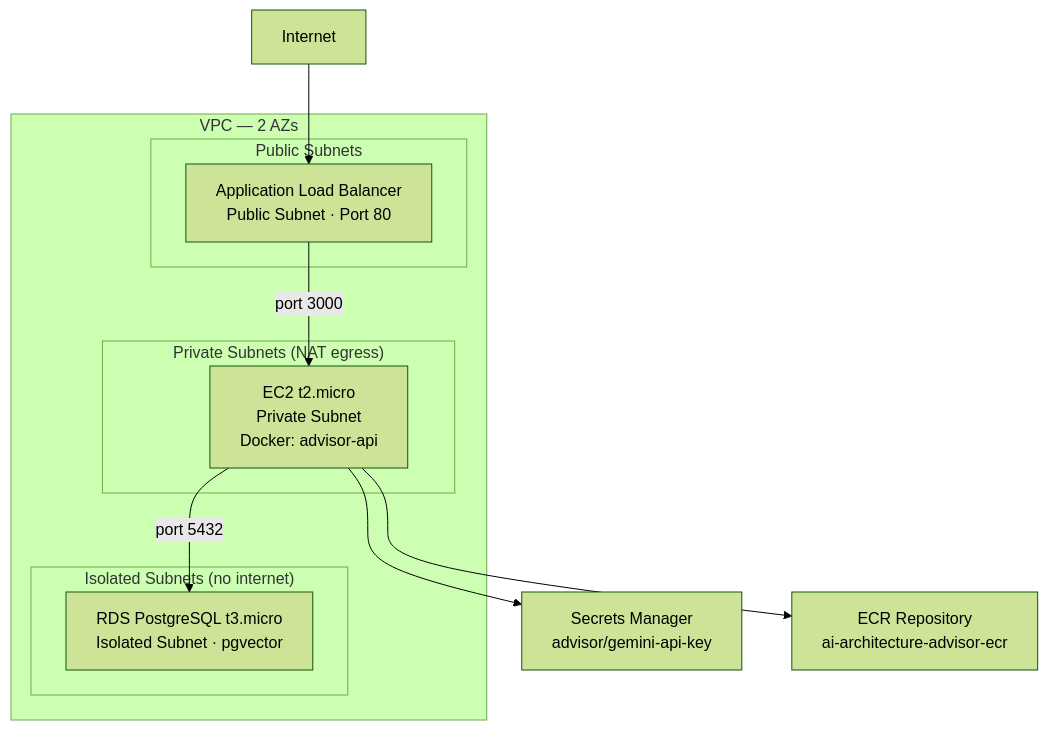
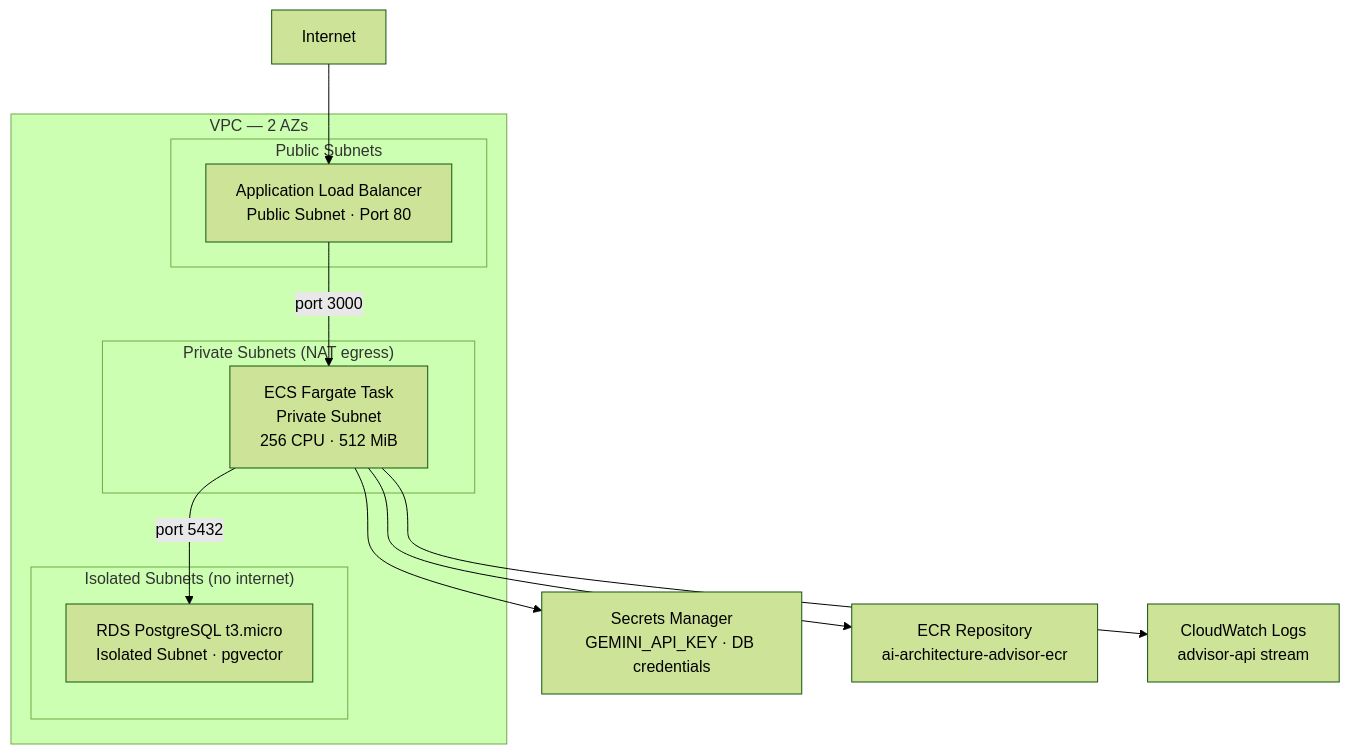
One commit to BibinFrancisK/ai-cloud-architecture-advisor changed the fifth of 5 diagrams in ARCHITECTURE.md. Above: the diagram before and after it, drawn with Mermaid (forest theme). The commit also changed other lines of this file and 12 other files, not shown here.

Commit message:
feat(infra): migrate to ECS Fargate with managed secrets, auto-schema init, and hardened CI/CD

````diff
--- a/ARCHITECTURE.md
+++ b/ARCHITECTURE.md
@@ -192,22 +188,23 @@
 ```mermaid
 flowchart TD
     Internet["Internet"] --> ALB["Application Load Balancer<br/>Public Subnet · Port 80"]
-    ALB -- "port 3000" --> EC2
-    EC2["EC2 t2.micro<br/>Private Subnet<br/>Docker: advisor-api"]
-    EC2 -- "port 5432" --> RDS
+    ALB -- "port 3000" --> Fargate
+    Fargate["ECS Fargate Task<br/>Private Subnet<br/>256 CPU · 512 MiB"]
+    Fargate -- "port 5432" --> RDS
     RDS["RDS PostgreSQL t3.micro<br/>Isolated Subnet · pgvector"]
-    EC2 --> SM["Secrets Manager<br/>advisor/gemini-api-key"]
-    EC2 --> ECR["ECR Repository<br/>ai-architecture-advisor-ecr"]
+    Fargate --> SM["Secrets Manager<br/>GEMINI_API_KEY · DB credentials"]
+    Fargate --> ECR["ECR Repository<br/>ai-architecture-advisor-ecr"]
+    Fargate --> CW["CloudWatch Logs<br/>advisor-api stream"]
 
     subgraph VPC ["VPC — 2 AZs"]
         subgraph Public ["Public Subnets"]
             ALB
         end
         subgraph Private ["Private Subnets (NAT egress)"]
-            EC2
+            Fargate
         end
         subgraph Isolated ["Isolated Subnets (no internet)"]
             RDS
         end
     end
 ```
````
